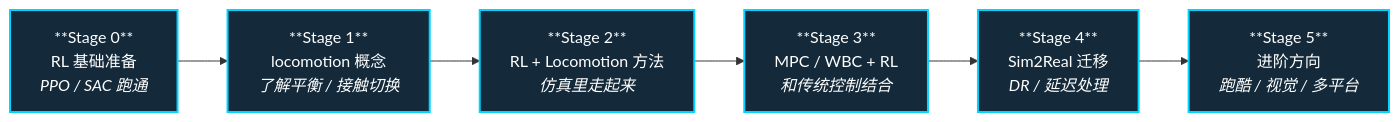
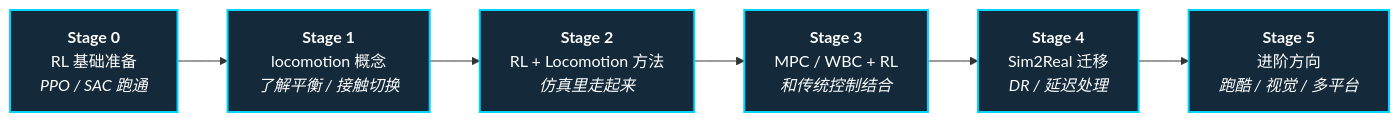
The diagram in roadmap/depth-rl-locomotion.md (ImChong/Robotics_Notebooks), drawn with Mermaid before and after one commit. The commit also changed 27 other files, not shown here.

First line of the commit message:
fix(ux): 修复纵深路线一览 Mermaid 节点 ** 原样显示

````diff
--- a/roadmap/depth-rl-locomotion.md
+++ b/roadmap/depth-rl-locomotion.md
@@ -7,14 +7,14 @@
 ```mermaid
 flowchart LR
-  S0["**Stage 0**<br/>RL 基础准备<br/><em>PPO / SAC 跑通</em>"]
-  S1["**Stage 1**<br/>locomotion 概念<br/><em>了解平衡 / 接触切换</em>"]
-  S2["**Stage 2**<br/>RL + Locomotion 方法<br/><em>仿真里走起来</em>"]
-  S3["**Stage 3**<br/>MPC / WBC + RL<br/><em>和传统控制结合</em>"]
-  S4["**Stage 4**<br/>Sim2Real 迁移<br/><em>DR / 延迟处理</em>"]
-  S5["**Stage 5**<br/>进阶方向<br/><em>跑酷 / 视觉 / 多平台</em>"]
+  S0["<b>Stage 0</b><br/>RL 基础准备<br/><em>PPO / SAC 跑通</em>"]
+  S1["<b>Stage 1</b><br/>locomotion 概念<br/><em>了解平衡 / 接触切换</em>"]
+  S2["<b>Stage 2</b><br/>RL + Locomotion 方法<br/><em>仿真里走起来</em>"]
+  S3["<b>Stage 3</b><br/>MPC / WBC + RL<br/><em>和传统控制结合</em>"]
+  S4["<b>Stage 4</b><br/>Sim2Real 迁移<br/><em>DR / 延迟处理</em>"]
+  S5["<b>Stage 5</b><br/>进阶方向<br/><em>跑酷 / 视觉 / 多平台</em>"]
 
   S0 --> S1 --> S2 --> S3 --> S4 --> S5
 
   classDef stage fill:#142a3a,stroke:#00d4ff,stroke-width:2px,color:#fff
   class S0,S1,S2,S3,S4,S5 stage
 ```
````
